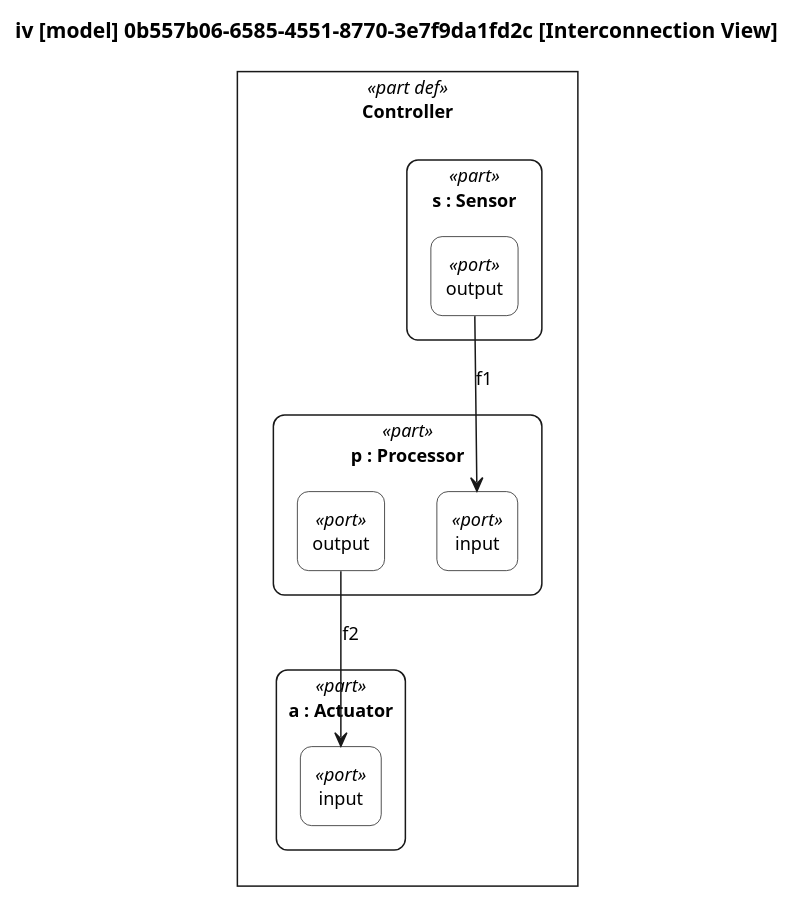
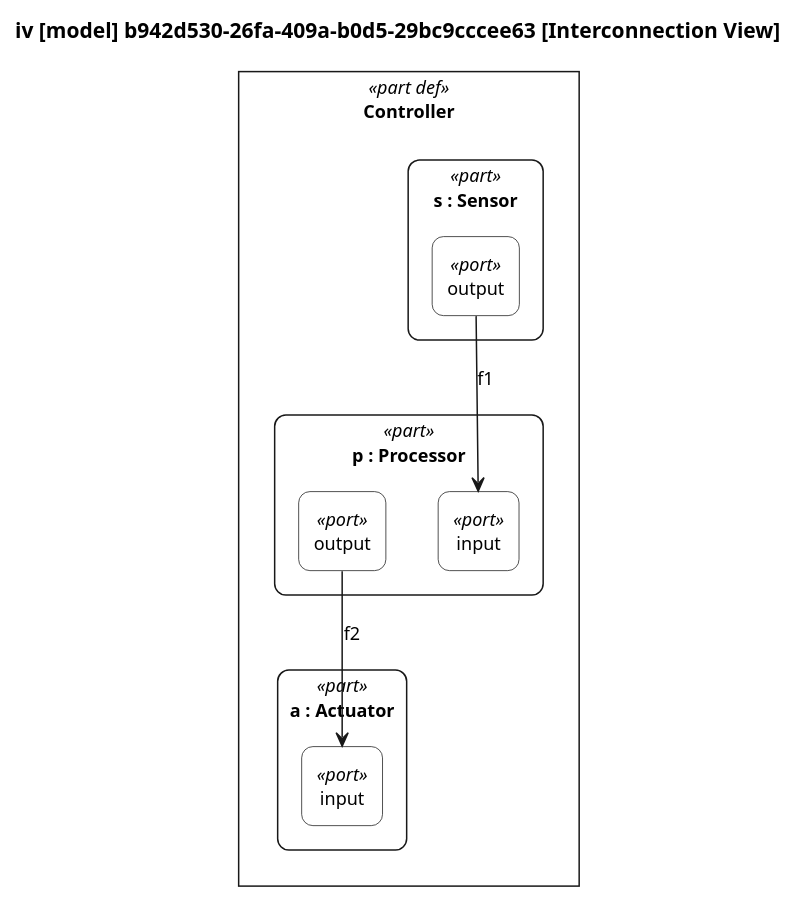
Before and after one commit to mycr0ft/sysml2py: the diagram in docs/plantuml-examples/06-interconnection.puml, drawn with PlantUML. The commit also changed 27 other files, not shown here.

```diff
--- a/docs/plantuml-examples/06-interconnection.puml
+++ b/docs/plantuml-examples/06-interconnection.puml
@@ -1,87 +1,87 @@
 @startuml
 
 skinparam monochrome true
 skinparam wrapWidth 300
 skinparam defaultFontSize 12
 skinparam defaultFontName Helvetica
 
 skinparam rectangle<<part def>> {
     RoundCorner 0
     BackgroundColor white
 }
 skinparam rectangle<<part>> {
     RoundCorner 15
     BackgroundColor white
 }
 skinparam rectangle<<port def>> {
     RoundCorner 0
     BackgroundColor white
 }
 skinparam rectangle<<port>> {
     RoundCorner 15
     BackgroundColor white
 }
 skinparam rectangle<<interface def>> {
     RoundCorner 0
     BackgroundColor white
 }
 skinparam rectangle<<interface>> {
     RoundCorner 15
     BackgroundColor white
 }
 skinparam rectangle<<item def>> {
     RoundCorner 0
     BackgroundColor white
 }
 skinparam rectangle<<item>> {
     RoundCorner 15
     BackgroundColor white
 }
 skinparam rectangle<<attribute def>> {
     RoundCorner 0
     BackgroundColor white
 }
 skinparam rectangle<<attribute>> {
     RoundCorner 15
     BackgroundColor white
 }
 skinparam rectangle<<connection def>> {
     RoundCorner 0
     BackgroundColor white
 }
 skinparam rectangle<<connection>> {
     RoundCorner 15
     BackgroundColor white
 }
 skinparam rectangle<<flow def>> {
     RoundCorner 0
     BackgroundColor white
 }
 skinparam rectangle<<flow>> {
     RoundCorner 15
     BackgroundColor white
 }
 
 top to bottom direction
 
-title iv [model] 0b557b06-6585-4551-8770-3e7f9da1fd2c [Interconnection View]
+title iv [model] b942d530-26fa-409a-b0d5-29bc9cccee63 [Interconnection View]
 
 hide circle
 
 rectangle "Controller" as E8 <<part def>> {
     rectangle "s : Sensor" as E9 <<part>> {
         rectangle "output" as P1 <<port>>
     }
     rectangle "p : Processor" as E10 <<part>> {
         rectangle "input" as P2 <<port>>
         rectangle "output" as P3 <<port>>
     }
     rectangle "a : Actuator" as E11 <<part>> {
         rectangle "input" as P4 <<port>>
     }
 }
 
 P1 --> P2 : f1
 P3 --> P4 : f2
 
 @enduml
```
